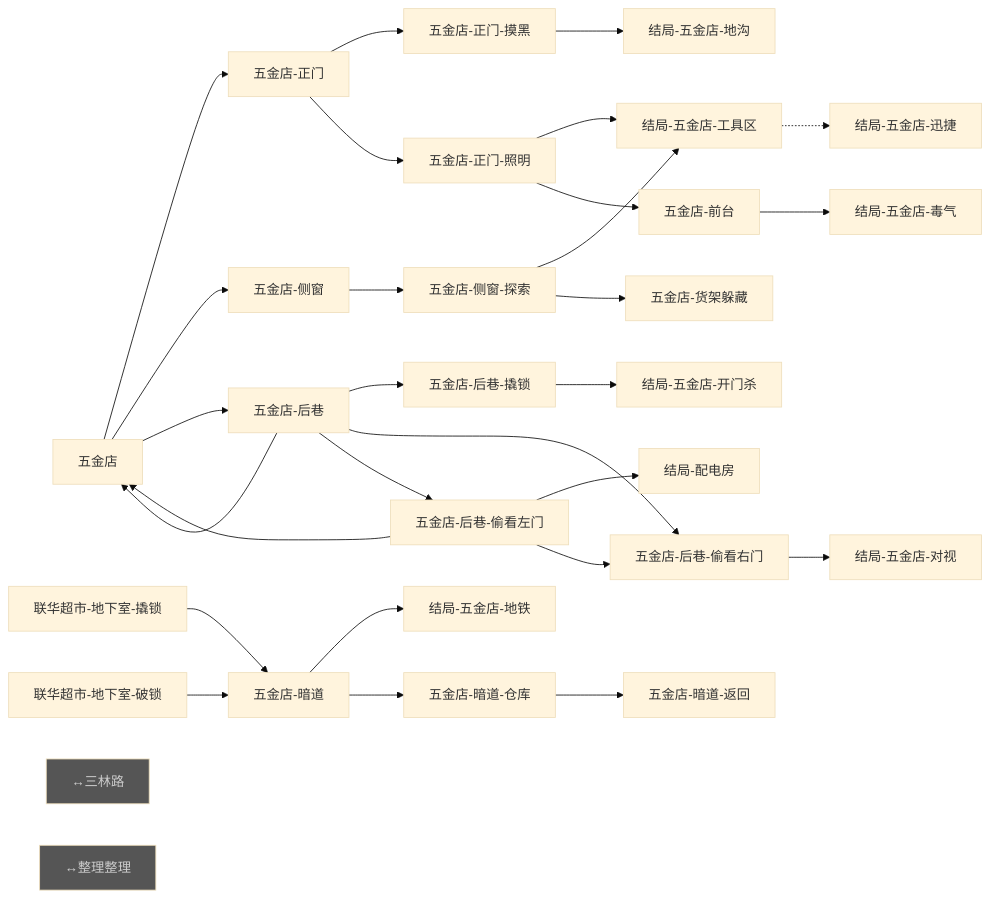
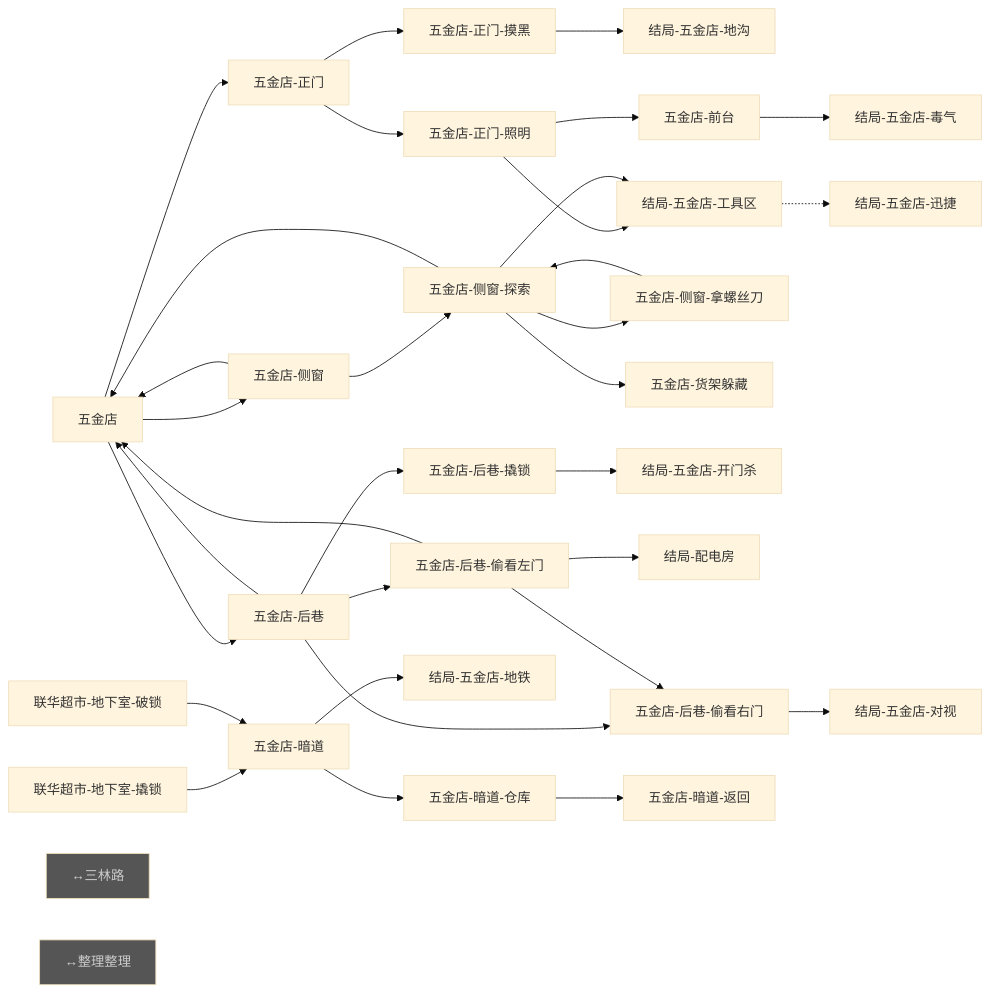
One commit to bobomymz/Plot-Game changed the ninth of 25 diagrams in tools/graph-report/总览.md. Above: the diagram before and after it, drawn with Mermaid (base theme). The commit also changed other lines of this file and 26 other files, not shown here.

````diff
--- a/tools/graph-report/总览.md
+++ b/tools/graph-report/总览.md
@@ -1394,58 +1494,63 @@
 ```mermaid
 flowchart LR
   n0["五金店"]
   n1["五金店-正门"]
   n2["五金店-正门-摸黑"]
   n3["结局-五金店-地沟"]
   n4["五金店-正门-照明"]
   n5["结局-五金店-工具区"]
   n6["结局-五金店-迅捷"]
   n7["五金店-前台"]
   n8["结局-五金店-毒气"]
   n9["五金店-侧窗"]
   n10["五金店-侧窗-探索"]
-  n11["五金店-货架躲藏"]
-  n12["五金店-后巷"]
-  n13["五金店-后巷-撬锁"]
-  n14["结局-五金店-开门杀"]
-  n15["五金店-后巷-偷看左门"]
-  n16["结局-配电房"]
-  n17["五金店-后巷-偷看右门"]
-  n18["结局-五金店-对视"]
-  n19["联华超市-地下室-撬锁"]
-  n20["联华超市-地下室-破锁"]
-  n21["五金店-暗道"]
-  n22["结局-五金店-地铁"]
-  n23["五金店-暗道-仓库"]
-  n24["五金店-暗道-返回"]
-  n25["↔三林路"]:::ext
-  n26["↔整理整理"]:::ext
+  n11["五金店-侧窗-拿螺丝刀"]
+  n12["五金店-货架躲藏"]
+  n13["五金店-后巷"]
+  n14["五金店-后巷-撬锁"]
+  n15["结局-五金店-开门杀"]
+  n16["五金店-后巷-偷看左门"]
+  n17["结局-配电房"]
+  n18["五金店-后巷-偷看右门"]
+  n19["结局-五金店-对视"]
+  n20["联华超市-地下室-撬锁"]
+  n21["联华超市-地下室-破锁"]
+  n22["五金店-暗道"]
+  n23["结局-五金店-地铁"]
+  n24["五金店-暗道-仓库"]
+  n25["五金店-暗道-返回"]
+  n26["↔三林路"]:::ext
+  n27["↔整理整理"]:::ext
   n0 --> n1
   n0 --> n9
-  n0 --> n12
+  n0 --> n13
   n1 --> n2
   n1 --> n4
   n2 --> n3
   n4 --> n5
   n4 --> n7
   n5 -.-> n6
   n7 --> n8
   n9 --> n10
+  n9 --> n0
+  n10 --> n11
   n10 --> n5
-  n10 --> n11
-  n12 --> n13
-  n12 --> n17
-  n12 --> n15
-  n12 --> n0
+  n10 --> n12
+  n10 --> n0
+  n11 --> n10
   n13 --> n14
-  n15 --> n16
-  n15 --> n17
-  n15 --> n0
-  n17 --> n18
-  n19 --> n21
-  n20 --> n21
+  n13 --> n18
+  n13 --> n16
+  n13 --> n0
+  n14 --> n15
+  n16 --> n17
+  n16 --> n18
+  n16 --> n0
+  n18 --> n19
+  n20 --> n22
   n21 --> n22
-  n21 --> n23
-  n23 --> n24
+  n22 --> n23
+  n22 --> n24
+  n24 --> n25
   classDef ext fill:#555,color:#ccc;
 ```
````
